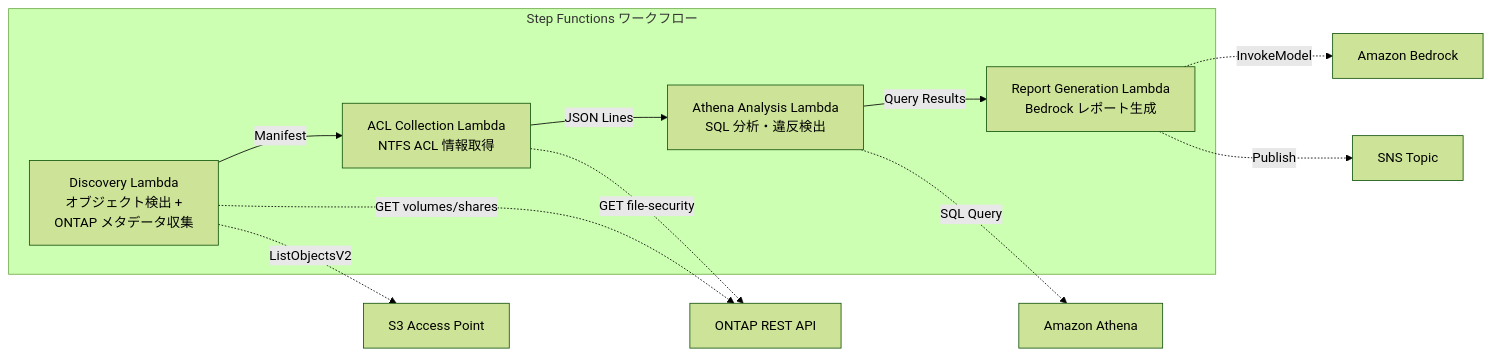
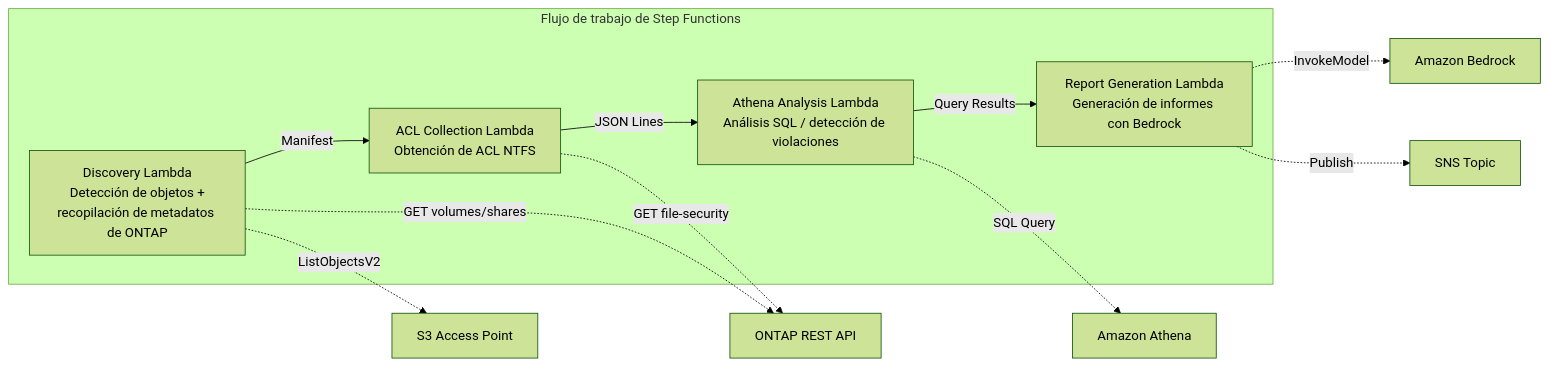
The diagram in solutions/industry/legal-compliance/README.es.md (Yoshiki0705/FSx-for-ONTAP-S3AccessPoints-Serverless-Patterns), drawn with Mermaid (forest theme) before and after one commit. The commit also changed other lines of this file and 20 other files, not shown here.

````diff
--- a/solutions/industry/legal-compliance/README.es.md
+++ b/solutions/industry/legal-compliance/README.es.md
@@ -42,20 +68,20 @@
 ```mermaid
 graph LR
-    subgraph "Step Functions ワークフロー"
-        D[Discovery Lambda<br/>オブジェクト検出 +<br/>ONTAP メタデータ収集]
-        ACL[ACL Collection Lambda<br/>NTFS ACL 情報取得]
-        ATH[Athena Analysis Lambda<br/>SQL 分析・違反検出]
-        RPT[Report Generation Lambda<br/>Bedrock レポート生成]
+    subgraph "Flujo de trabajo de Step Functions"
+        D[Discovery Lambda<br/>Detección de objetos +<br/>recopilación de metadatos de ONTAP]
+        ACL[ACL Collection Lambda<br/>Obtención de ACL NTFS]
+        ATH[Athena Analysis Lambda<br/>Análisis SQL / detección de violaciones]
+        RPT[Report Generation Lambda<br/>Generación de informes con Bedrock]
     end
 
     D -->|Manifest| ACL
     ACL -->|JSON Lines| ATH
     ATH -->|Query Results| RPT
 
     D -.->|ListObjectsV2| S3AP[S3 Access Point]
     D -.->|GET volumes/shares| ONTAP[ONTAP REST API]
     ACL -.->|GET file-security| ONTAP
     ATH -.->|SQL Query| Athena[Amazon Athena]
     RPT -.->|InvokeModel| Bedrock[Amazon Bedrock]
     RPT -.->|Publish| SNS[SNS Topic]
 ```
````
